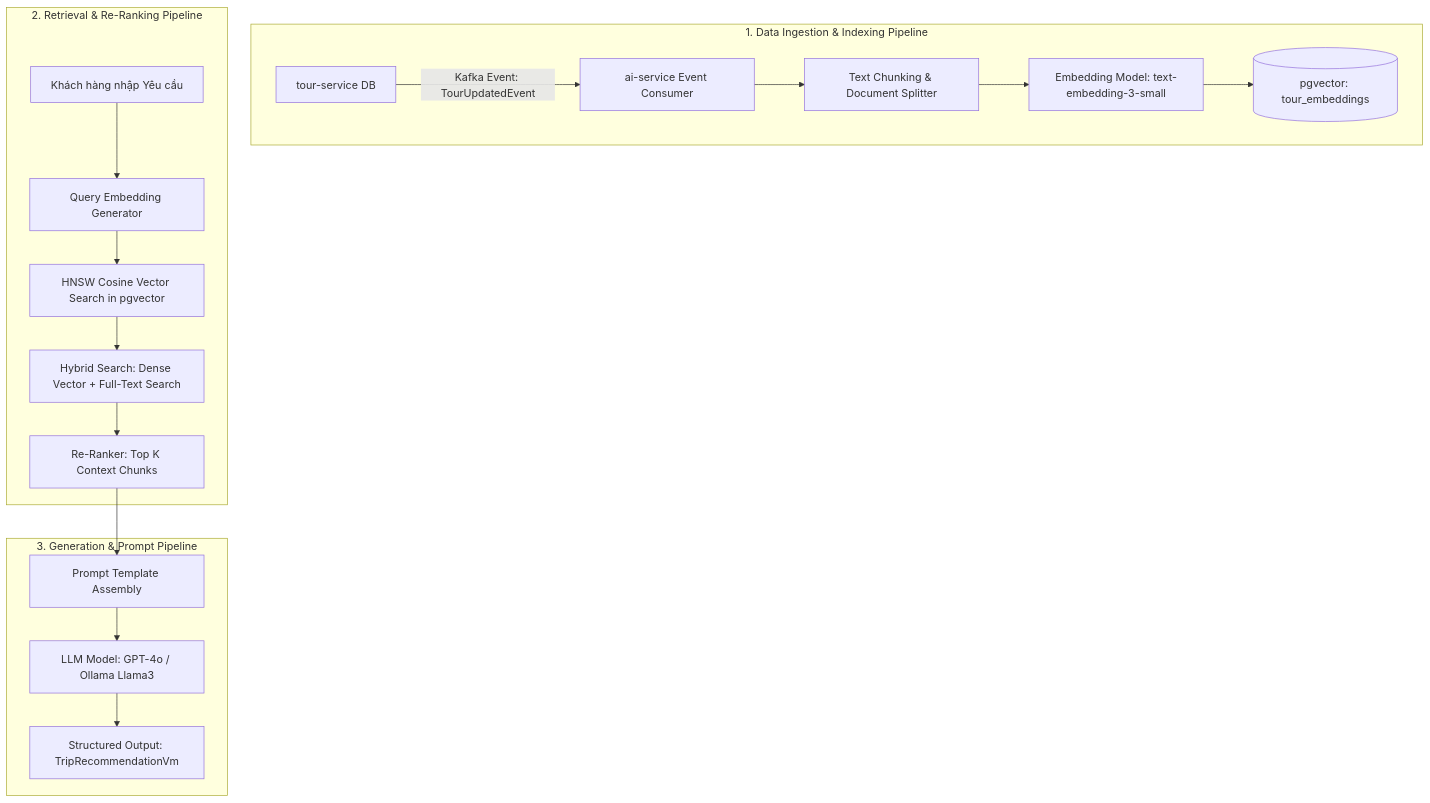
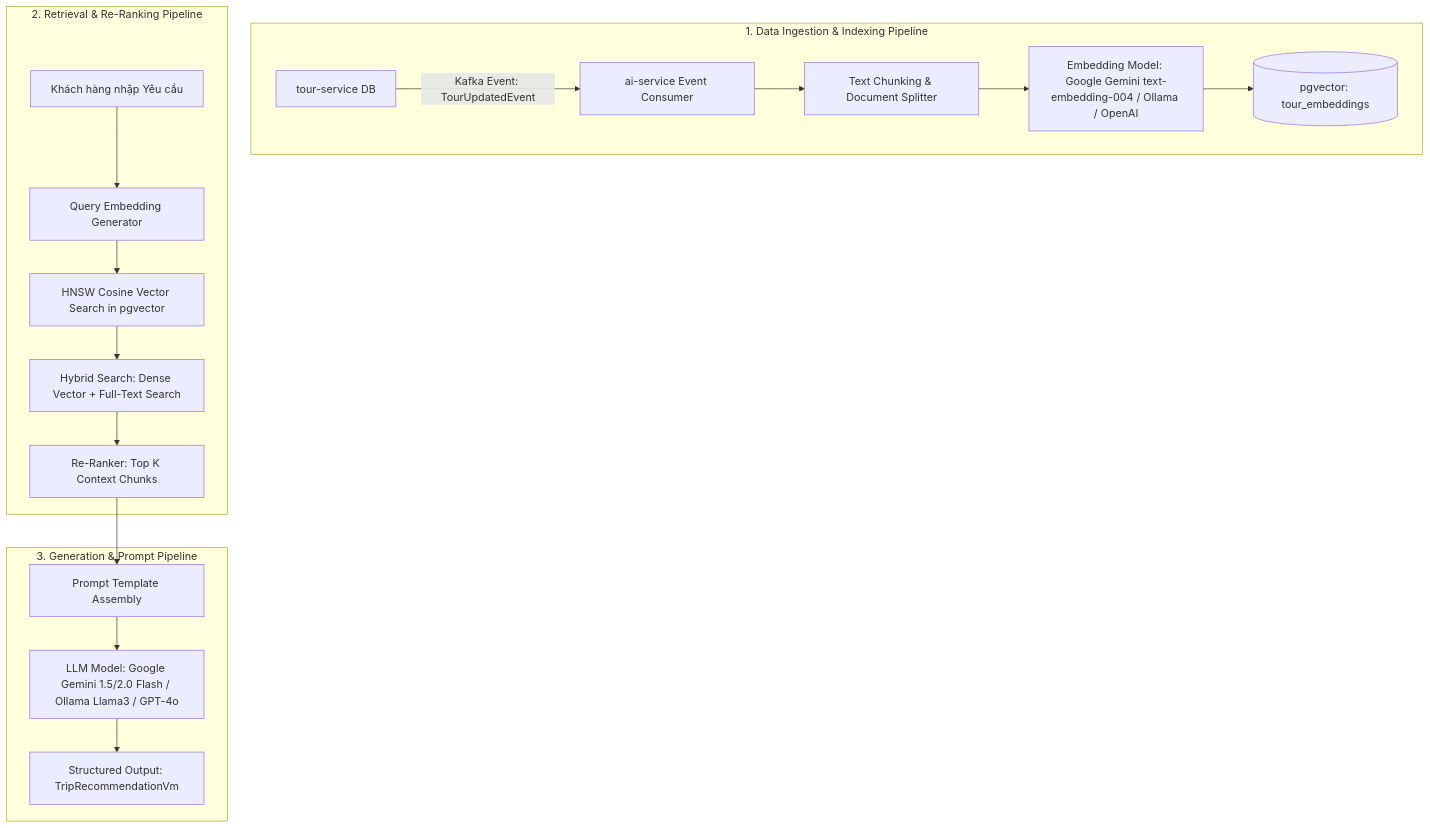
Before and after one commit to hoangdung25-na/Travel_Management: the first of 2 diagrams in rag_ai_design_spec.md, drawn with Mermaid. The commit also changed other lines of this file and 341 other files, not shown here.

````diff
--- a/rag_ai_design_spec.md
+++ b/rag_ai_design_spec.md
@@ -22,22 +22,22 @@
 ```mermaid
 flowchart TD
     subgraph PIPELINE_1 [1. Data Ingestion & Indexing Pipeline]
         A[tour-service DB] -->|Kafka Event: TourUpdatedEvent| B[ai-service Event Consumer]
         B --> C[Text Chunking & Document Splitter]
-        C --> D[Embedding Model: text-embedding-3-small]
+        C --> D[Embedding Model: Google Gemini text-embedding-004 / Ollama / OpenAI]
         D --> E[(pgvector: tour_embeddings)]
     end
 
     subgraph PIPELINE_2 [2. Retrieval & Re-Ranking Pipeline]
         F[Khách hàng nhập Yêu cầu] --> G[Query Embedding Generator]
         G --> H[HNSW Cosine Vector Search in pgvector]
         H --> I[Hybrid Search: Dense Vector + Full-Text Search]
         I --> J[Re-Ranker: Top K Context Chunks]
     end
 
     subgraph PIPELINE_3 [3. Generation & Prompt Pipeline]
         J --> K[Prompt Template Assembly]
-        K --> L[LLM Model: GPT-4o / Ollama Llama3]
+        K --> L[LLM Model: Google Gemini 1.5/2.0 Flash / Ollama Llama3 / GPT-4o]
         L --> M[Structured Output: TripRecommendationVm]
     end
 ```
````
